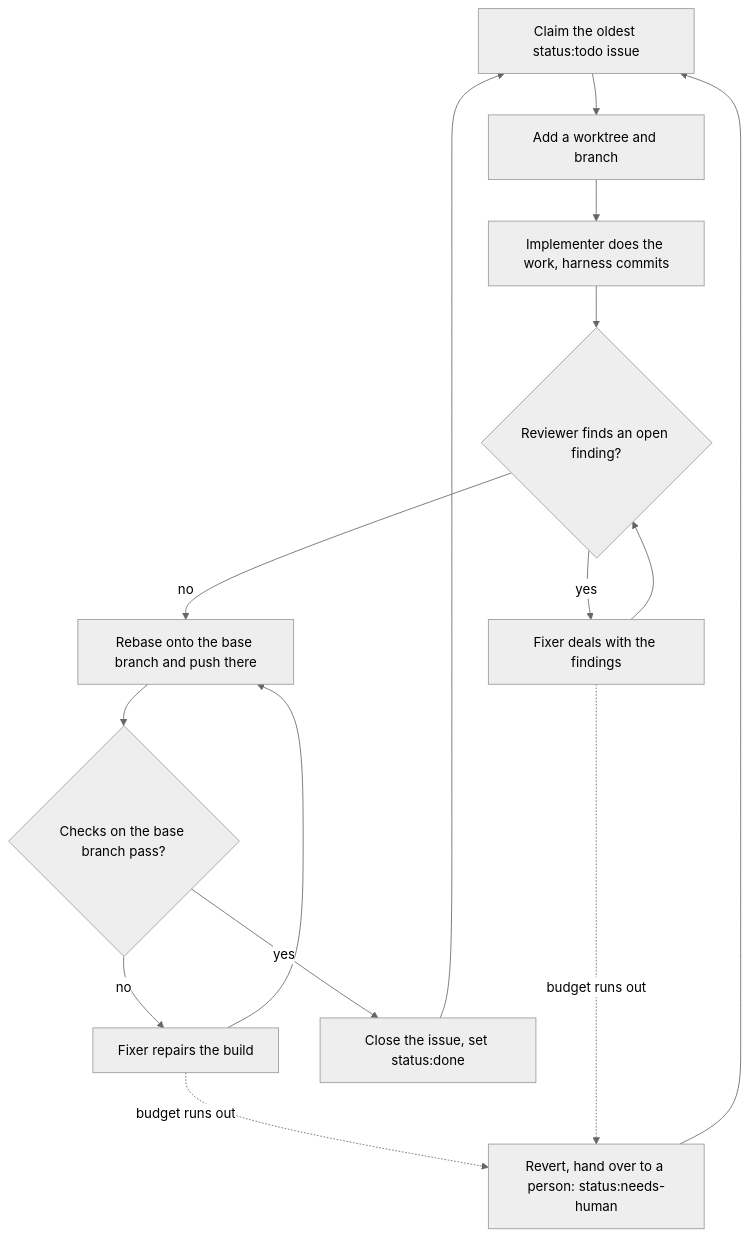
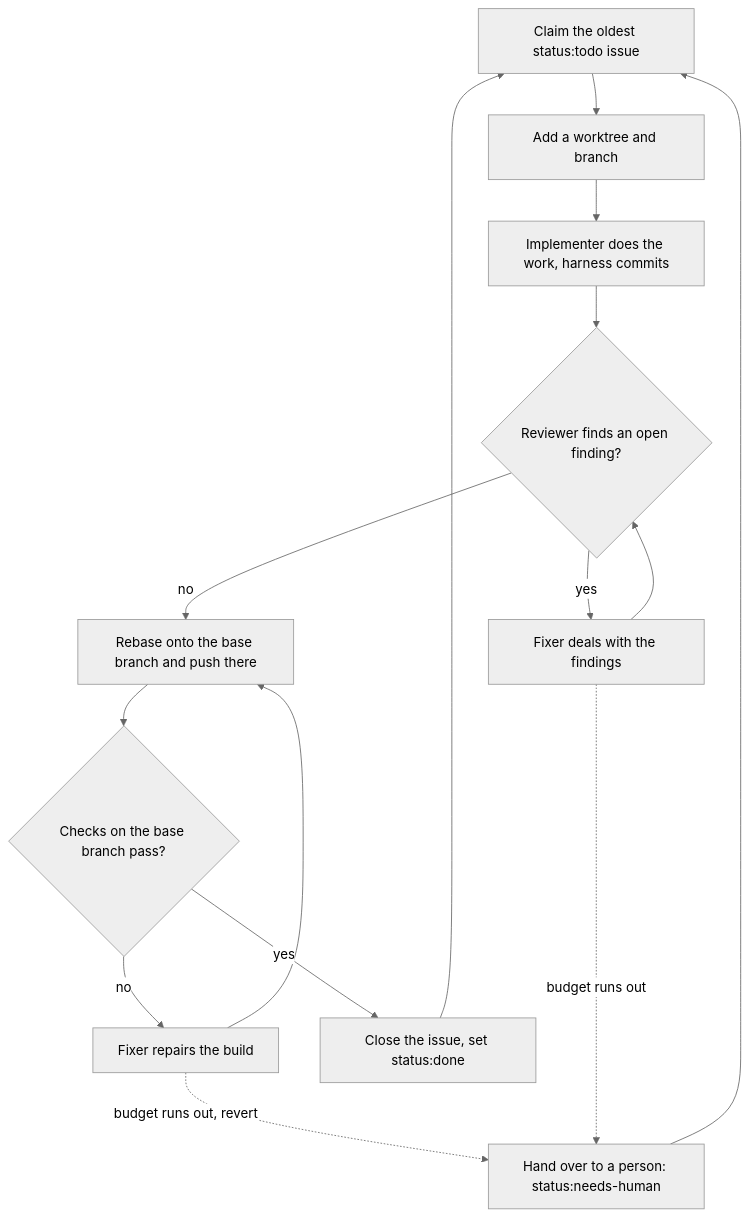
Before and after one commit to ravshansbox/next-issue: the diagram in packages/next-issue/README.md, drawn with Mermaid (neutral theme). The commit also changed 1 other file, not shown here.

Commit message:
docs: name the hand-overs that halt without a revert (#739)

````diff
--- a/packages/next-issue/README.md
+++ b/packages/next-issue/README.md
@@ -11,17 +11,17 @@
 ```mermaid
 flowchart TD
     claim[Claim the oldest status:todo issue] --> worktree[Add a worktree and branch]
     worktree --> implement[Implementer does the work, harness commits]
     implement --> review{Reviewer finds an open finding?}
     review -- yes --> fixReview[Fixer deals with the findings]
     fixReview --> review
     review -- no --> land[Rebase onto the base branch and push there]
     land --> checks{Checks on the base branch pass?}
     checks -- no --> fixCi[Fixer repairs the build]
     fixCi --> land
     checks -- yes --> done[Close the issue, set status:done]
-    fixCi -. budget runs out .-> human[Revert, hand over to a person: status:needs-human]
+    fixCi -. budget runs out, revert .-> human[Hand over to a person: status:needs-human]
     fixReview -. budget runs out .-> human
     done --> claim
     human --> claim
 ```
````
